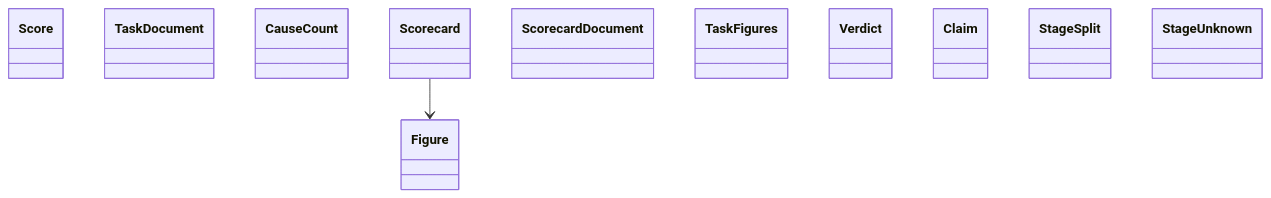
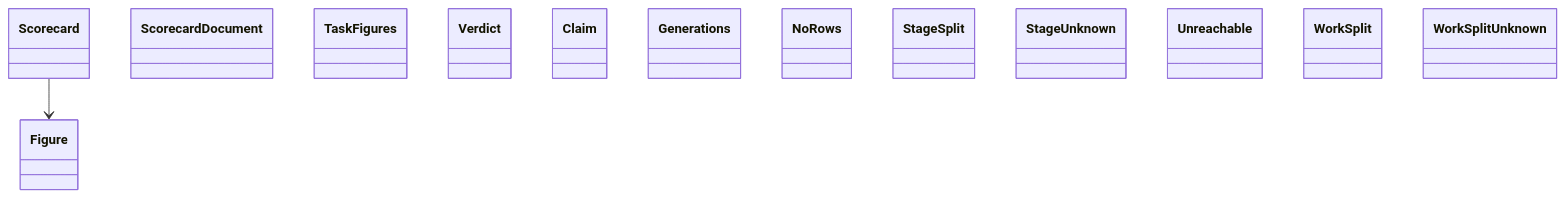
The diagram in docs/architecture/generated/classes-measurement-domain-scorecard-2.md (GonzaloZevallos/agentic-system), drawn with Mermaid before and after one commit. The commit also changed 7 other files, not shown here.

Commit message:
Add work_split and the five work scores so work time divides into LLM, tools and outside

````diff
--- a/docs/architecture/generated/classes-measurement-domain-scorecard-2.md
+++ b/docs/architecture/generated/classes-measurement-domain-scorecard-2.md
@@ -10,15 +10,17 @@
 ```mermaid
 classDiagram
-    class evaluation__Score["Score"]
-    class evaluation__TaskDocument["TaskDocument"]
-    class scorecard__CauseCount["CauseCount"]
     class scorecard__Figure["Figure"]
     class scorecard__Scorecard["Scorecard"]
     class scorecard__ScorecardDocument["ScorecardDocument"]
     class scorecard__TaskFigures["TaskFigures"]
     class scorecard__Verdict["Verdict"]
     class stages__Claim["Claim"]
+    class stages__Generations["Generations"]
+    class stages__NoRows["NoRows"]
     class stages__StageSplit["StageSplit"]
     class stages__StageUnknown["StageUnknown"]
+    class stages__Unreachable["Unreachable"]
+    class stages__WorkSplit["WorkSplit"]
+    class stages__WorkSplitUnknown["WorkSplitUnknown"]
     scorecard__Scorecard --> scorecard__Figure
 ```
````
